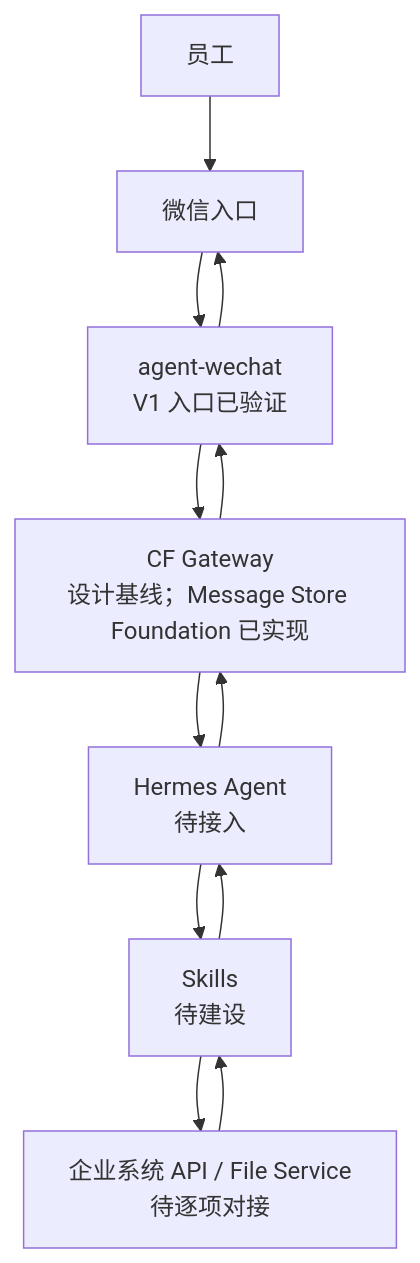
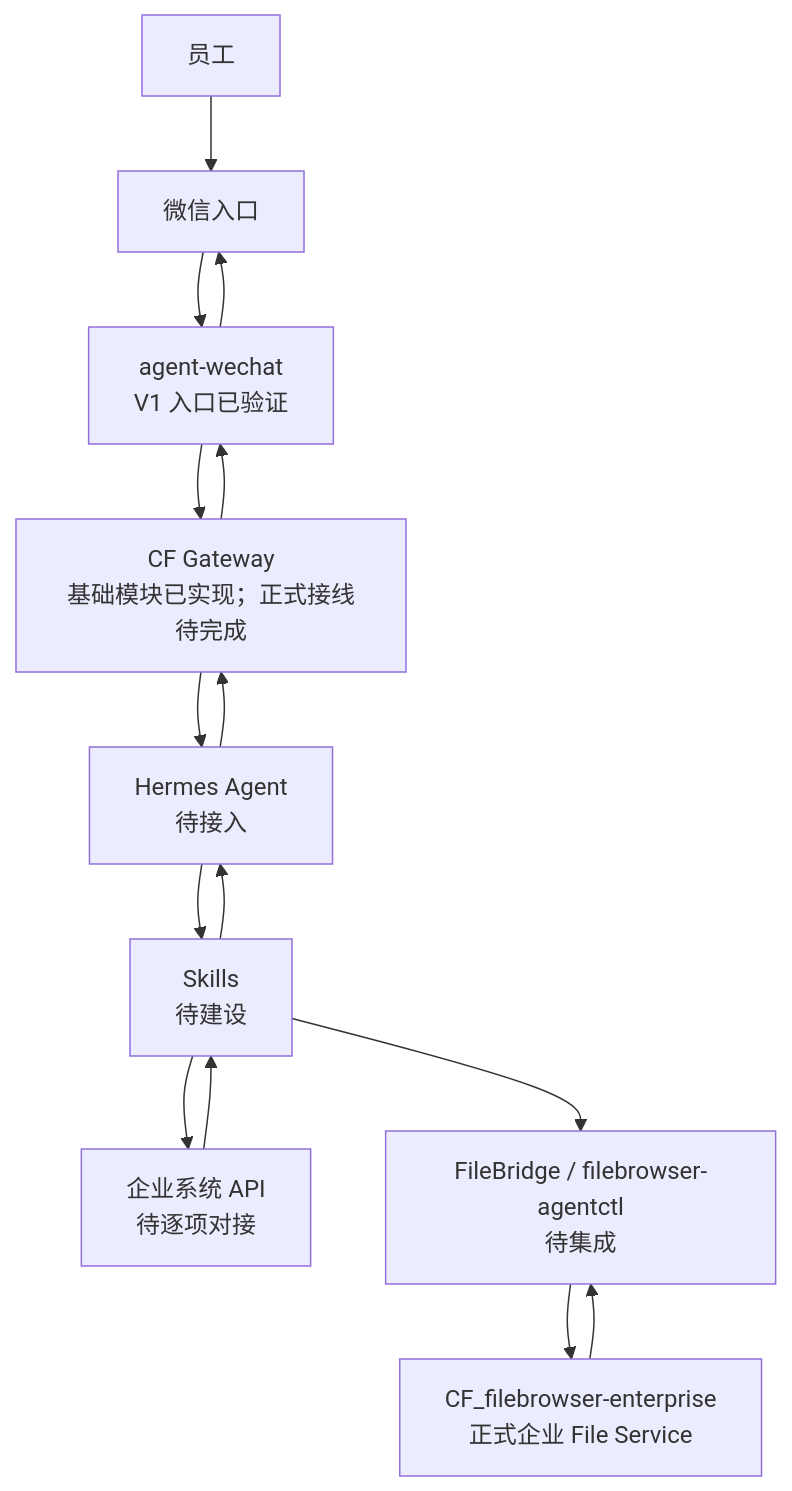
The first of 2 diagrams in architecture/ai-system-overview.md (Tangbohu09527/CF_ecommerce-automation-docs), drawn with Mermaid before and after one commit. The commit also changed other lines of this file and 9 other files, not shown here.

````diff
--- a/architecture/ai-system-overview.md
+++ b/architecture/ai-system-overview.md
@@ -19,10 +19,13 @@
 ```mermaid
 flowchart TB
     E["员工"] --> W["微信入口"]
     W --> A["agent-wechat<br/>V1 入口已验证"]
-    A --> G["CF Gateway<br/>设计基线；Message Store Foundation 已实现"]
+    A --> G["CF Gateway<br/>基础模块已实现；正式接线待完成"]
     G --> H["Hermes Agent<br/>待接入"]
     H --> S["Skills<br/>待建设"]
-    S --> B["企业系统 API / File Service<br/>待逐项对接"]
+    S --> B["企业系统 API<br/>待逐项对接"]
+    S --> C["FileBridge / filebrowser-agentctl<br/>待集成"]
+    C --> F["CF_filebrowser-enterprise<br/>正式企业 File Service"]
     B --> S --> H --> G --> A --> W
+    F --> C
 ```
````
